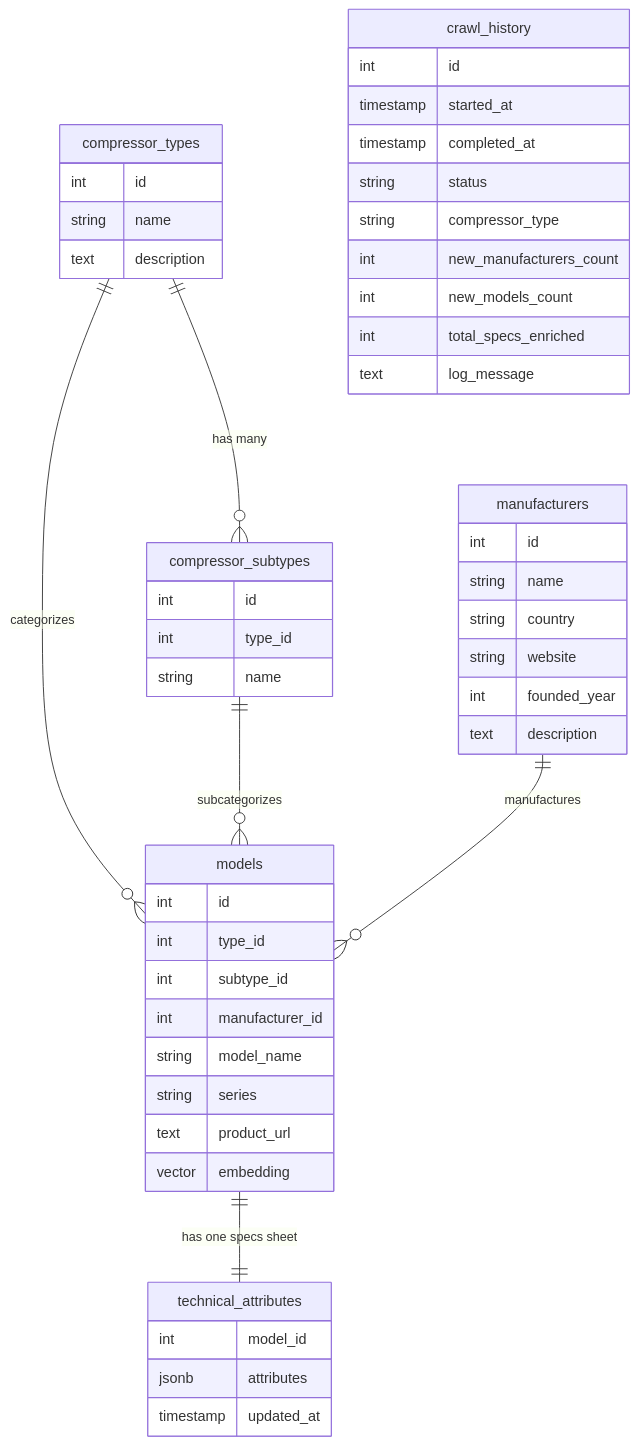
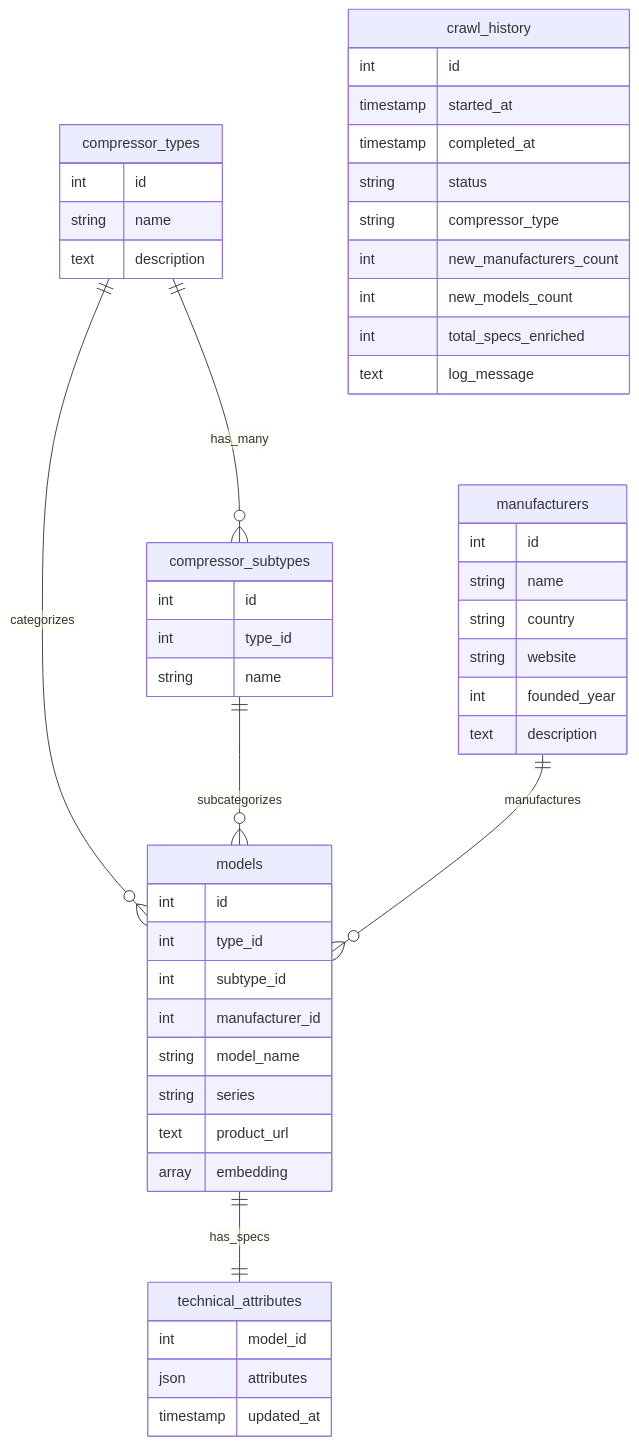
One commit to Anshdeep/Pump-Crawler changed the third of 3 diagrams in Compressor/PROJECT_DOCUMENTATION.md. Above: the diagram before and after it, drawn with Mermaid. The commit also changed other lines of this file and 3 other files, not shown here.

````diff
--- a/Compressor/PROJECT_DOCUMENTATION.md
+++ b/Compressor/PROJECT_DOCUMENTATION.md
@@ -94,53 +95,53 @@
 ```mermaid
 erDiagram
-    compressor_types ||--o{ compressor_subtypes : "has many"
-    compressor_types ||--o{ models : "categorizes"
-    compressor_subtypes ||--o{ models : "subcategorizes"
-    manufacturers ||--o{ models : "manufactures"
-    models ||--|| technical_attributes : "has one specs sheet"
+    compressor_types ||--o{ compressor_subtypes : has_many
+    compressor_types ||--o{ models : categorizes
+    compressor_subtypes ||--o{ models : subcategorizes
+    manufacturers ||--o{ models : manufactures
+    models ||--|| technical_attributes : has_specs
 
     compressor_types {
         int id
         string name
         text description
     }
     compressor_subtypes {
         int id
         int type_id
         string name
     }
     manufacturers {
         int id
         string name
         string country
         string website
         int founded_year
         text description
     }
     models {
         int id
         int type_id
         int subtype_id
         int manufacturer_id
         string model_name
         string series
         text product_url
-        vector embedding
+        array embedding
     }
     technical_attributes {
         int model_id
-        jsonb attributes
+        json attributes
         timestamp updated_at
     }
     crawl_history {
         int id
         timestamp started_at
         timestamp completed_at
         string status
         string compressor_type
         int new_manufacturers_count
         int new_models_count
         int total_specs_enriched
         text log_message
     }
 ```
````
